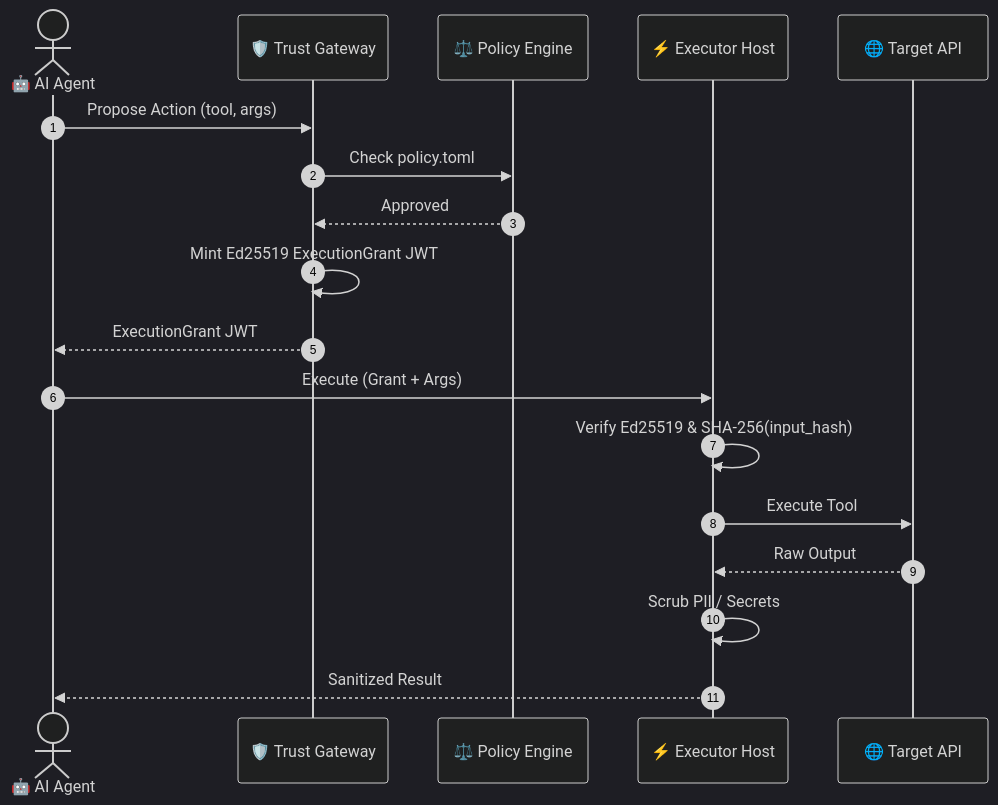
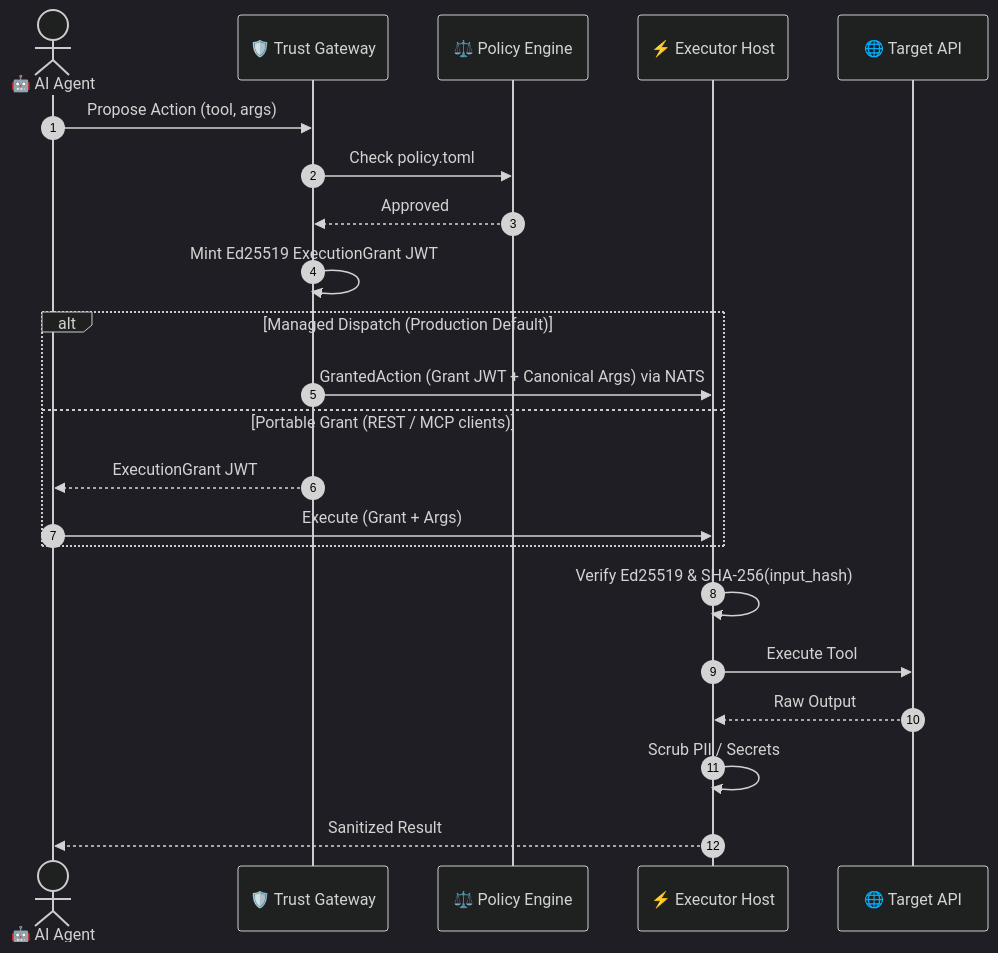
Before and after one commit to fcn06/trust-gateway: the diagram in README.md, drawn with Mermaid (dark theme). The commit also changed other lines of this file and 5 other files, not shown here.

````diff
--- a/README.md
+++ b/README.md
@@ -133,21 +135,25 @@
 ```mermaid
 sequenceDiagram
     autonumber
     actor Agent as 🤖 AI Agent
     participant Gateway as 🛡️ Trust Gateway
     participant Policy as ⚖️ Policy Engine
     participant Executor as ⚡ Executor Host
     participant API as 🌐 Target API
 
     Agent->>Gateway: Propose Action (tool, args)
     Gateway->>Policy: Check policy.toml
     Policy-->>Gateway: Approved
     Gateway->>Gateway: Mint Ed25519 ExecutionGrant JWT
-    Gateway-->>Agent: ExecutionGrant JWT
-    Agent->>Executor: Execute (Grant + Args)
+    alt Managed Dispatch (Production Default)
+        Gateway->>Executor: GrantedAction (Grant JWT + Canonical Args) via NATS
+    else Portable Grant (REST / MCP clients)
+        Gateway-->>Agent: ExecutionGrant JWT
+        Agent->>Executor: Execute (Grant + Args)
+    end
     Executor->>Executor: Verify Ed25519 & SHA-256(input_hash)
     Executor->>API: Execute Tool
     API-->>Executor: Raw Output
     Executor->>Executor: Scrub PII / Secrets
     Executor-->>Agent: Sanitized Result
 ```
````
